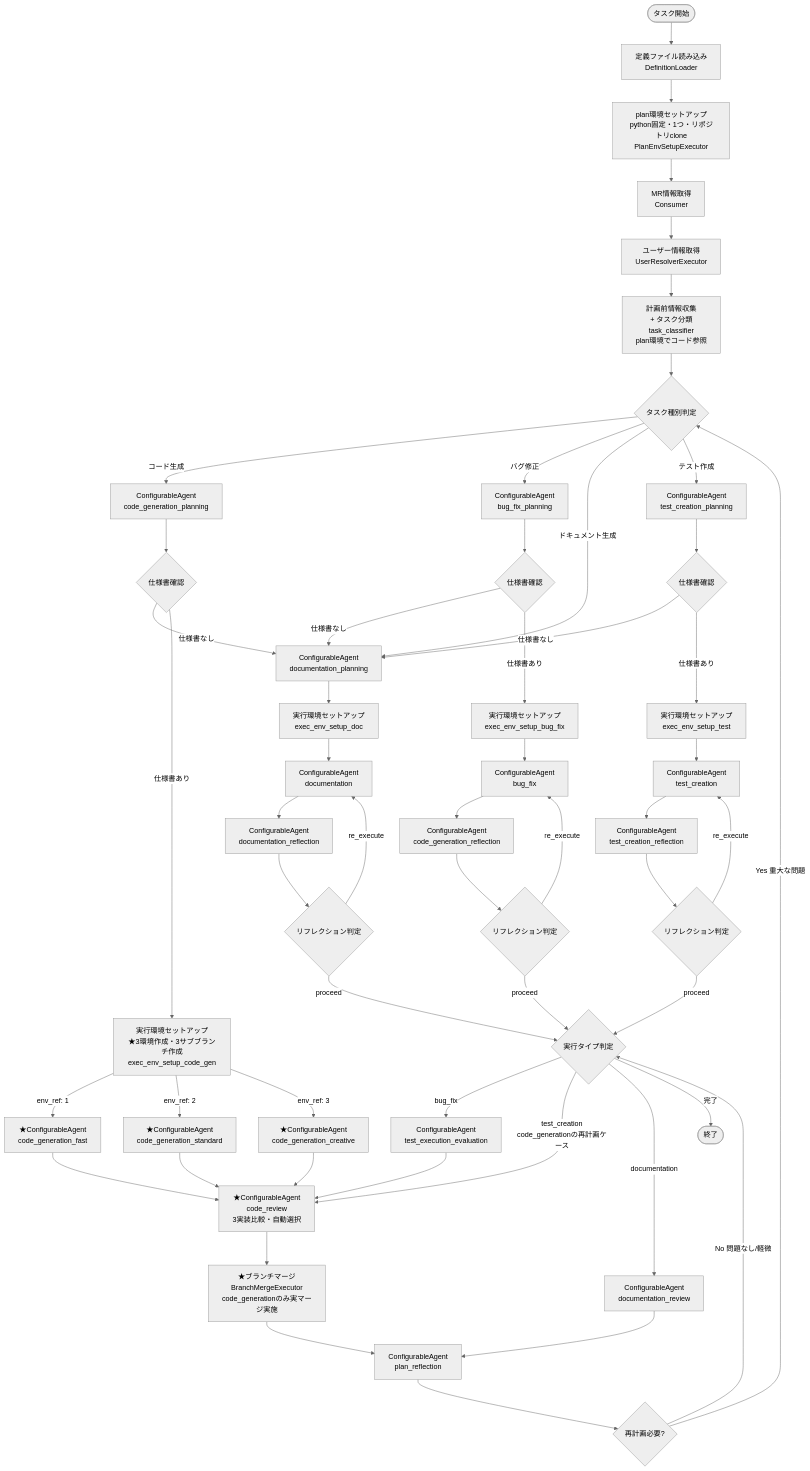
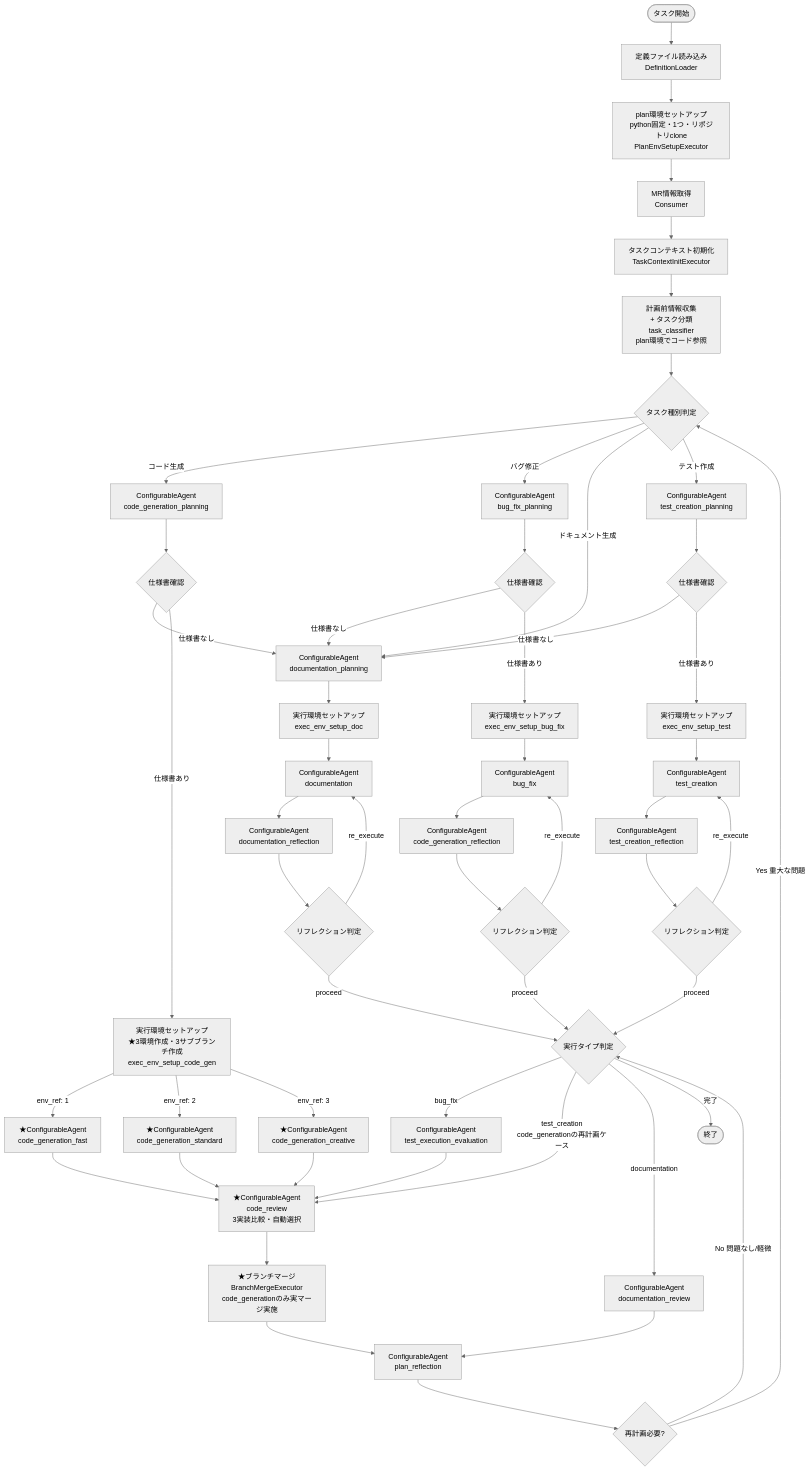
The first of 3 diagrams in docs/MULTI_MR_PROCESSING_FLOW.md (notfolder/CodeAgentOrchestrator), drawn with Mermaid (neutral theme) before and after one commit. The commit also changed 23 other files, not shown here.

First line of the commit message:
Refactor UserResolverExecutor to TaskContextInitExecutor and update related tests

````diff
--- a/docs/MULTI_MR_PROCESSING_FLOW.md
+++ b/docs/MULTI_MR_PROCESSING_FLOW.md
@@ -94,71 +94,71 @@
 ```mermaid
 flowchart TD
     Start([タスク開始]) --> LoadDef[定義ファイル読み込み<br/>DefinitionLoader]
     LoadDef --> PlanEnvSetup[plan環境セットアップ<br/>python固定・1つ・リポジトリclone<br/>PlanEnvSetupExecutor]
     PlanEnvSetup --> Fetch[MR情報取得<br/>Consumer]
-    Fetch --> UserResolve[ユーザー情報取得<br/>UserResolverExecutor]
+    Fetch --> UserResolve[タスクコンテキスト初期化<br/>TaskContextInitExecutor]
     UserResolve --> PrePlanning[計画前情報収集<br/>+ タスク分類<br/>task_classifier<br/>plan環境でコード参照]
     PrePlanning --> TaskType{タスク種別判定}
 
     TaskType -->|コード生成| CodeGenPlanning[ConfigurableAgent<br/>code_generation_planning]
     TaskType -->|バグ修正| BugFixPlanning[ConfigurableAgent<br/>bug_fix_planning]
     TaskType -->|ドキュメント生成| DocPlanning[ConfigurableAgent<br/>documentation_planning]
     TaskType -->|テスト作成| TestPlanning[ConfigurableAgent<br/>test_creation_planning]
 
     CodeGenPlanning --> CodeGenSpec{仕様書確認}
     CodeGenSpec -->|仕様書なし| DocPlanning
     CodeGenSpec -->|仕様書あり| CodeGenExecEnv[実行環境セットアップ<br/>★3環境作成・3サブブランチ作成<br/>exec_env_setup_code_gen]
 
     BugFixPlanning --> BugFixSpec{仕様書確認}
     BugFixSpec -->|仕様書なし| DocPlanning
     BugFixSpec -->|仕様書あり| BugFixExecEnv[実行環境セットアップ<br/>exec_env_setup_bug_fix]
 
     TestPlanning --> TestSpec{仕様書確認}
     TestSpec -->|仕様書なし| DocPlanning
     TestSpec -->|仕様書あり| TestExecEnv[実行環境セットアップ<br/>exec_env_setup_test]
 
     DocPlanning --> DocExecEnv[実行環境セットアップ<br/>exec_env_setup_doc]
 
     CodeGenExecEnv -->|env_ref: 1| FastGen[★ConfigurableAgent<br/>code_generation_fast]
     CodeGenExecEnv -->|env_ref: 2| StandardGen[★ConfigurableAgent<br/>code_generation_standard]
     CodeGenExecEnv -->|env_ref: 3| CreativeGen[★ConfigurableAgent<br/>code_generation_creative]
 
     BugFixExecEnv --> BugFix[ConfigurableAgent<br/>bug_fix]
     TestExecEnv --> TestGen[ConfigurableAgent<br/>test_creation]
     DocExecEnv --> DocGen[ConfigurableAgent<br/>documentation]
 
     FastGen --> CodeReview[★ConfigurableAgent<br/>code_review<br/>3実装比較・自動選択]
     StandardGen --> CodeReview
     CreativeGen --> CodeReview
 
     BugFix --> CodeGenRef[ConfigurableAgent<br/>code_generation_reflection]
     CodeGenRef --> CodeGenRefBranch{リフレクション判定}
     CodeGenRefBranch -->|re_execute| BugFix
     CodeGenRefBranch -->|proceed| ExecTypeBranch{実行タイプ判定}
 
     TestGen --> TestRef[ConfigurableAgent<br/>test_creation_reflection]
     TestRef --> TestRefBranch{リフレクション判定}
     TestRefBranch -->|re_execute| TestGen
     TestRefBranch -->|proceed| ExecTypeBranch
 
     DocGen --> DocRef[ConfigurableAgent<br/>documentation_reflection]
     DocRef --> DocRefBranch{リフレクション判定}
     DocRefBranch -->|re_execute| DocGen
     DocRefBranch -->|proceed| ExecTypeBranch
 
     ExecTypeBranch -->|bug_fix| TestExec[ConfigurableAgent<br/>test_execution_evaluation]
     ExecTypeBranch -->|test_creation<br/>code_generationの再計画ケース| CodeReview
     ExecTypeBranch -->|documentation| DocReview[ConfigurableAgent<br/>documentation_review]
 
     TestExec --> CodeReview
 
     CodeReview --> BranchMerge[★ブランチマージ<br/>BranchMergeExecutor<br/>code_generationのみ実マージ実施]
     DocReview --> Reflection[ConfigurableAgent<br/>plan_reflection]
     BranchMerge --> Reflection
 
     Reflection --> ReplanCheck{再計画必要?}
     ReplanCheck -->|Yes 重大な問題| TaskType
     ReplanCheck -->|No 問題なし/軽微| ExecTypeBranch
 
     ExecTypeBranch -->|完了| End([終了])
 ```
````
